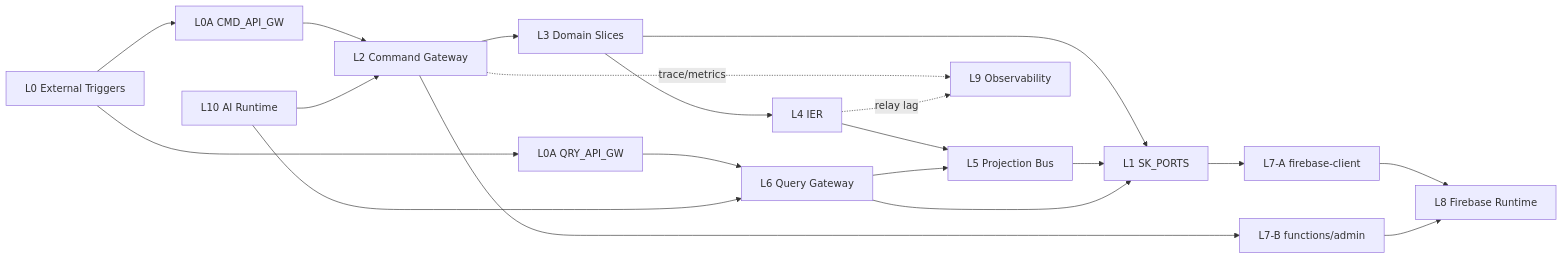
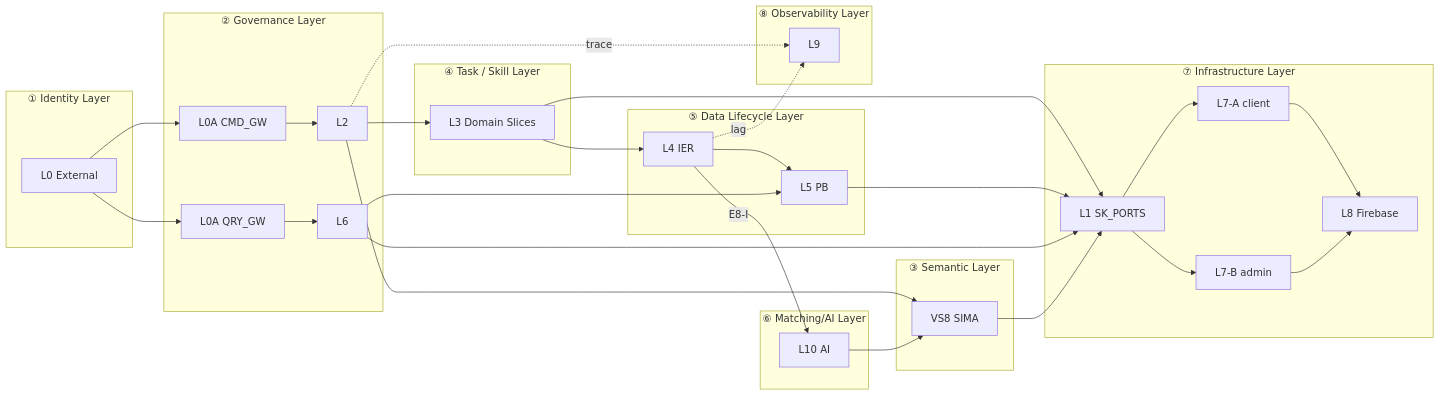
Before and after one commit to 7Spade/Xuanwu: the second of 2 diagrams in docs/architecture/00-logic-overview.md, drawn with Mermaid. The commit also changed other lines of this file and 3 other files, not shown here.

Commit message:
docs(arch): realign 00-03 Mermaid diagrams with VS8 8-layer architecture system

````diff
--- a/docs/architecture/00-logic-overview.md
+++ b/docs/architecture/00-logic-overview.md
@@ -126,26 +126,53 @@
 ```mermaid
 flowchart LR
-  EXT[L0 External Triggers] --> CMDGW[L0A CMD_API_GW]
-  EXT --> QRYGW[L0A QRY_API_GW]
+  subgraph IDL["① Identity Layer"]
+    EXT[L0 External]
+  end
 
-  CMDGW --> L2[L2 Command Gateway]
-  L2 --> L3[L3 Domain Slices]
-  L3 --> L4[L4 IER]
-  L4 --> L5[L5 Projection Bus]
+  subgraph GOV["② Governance Layer"]
+    CMDGW[L0A CMD_GW]
+    QRYGW[L0A QRY_GW]
+    L2[L2]
+    L6[L6]
+  end
 
-  QRYGW --> L6[L6 Query Gateway]
-  L6 --> L5
+  subgraph SEM["③ Semantic Layer"]
+    VS8[VS8 SIMA]
+  end
 
-  L3 --> L1[L1 SK_PORTS]
-  L5 --> L1
-  L6 --> L1
-  L1 --> L7A[L7-A firebase-client]
-  L2 --> L7B[L7-B functions/admin]
-  L7A --> L8[L8 Firebase Runtime]
-  L7B --> L8
+  subgraph TSL["④ Task / Skill Layer"]
+    DOM[L3 Domain Slices]
+  end
 
-  L2 -. trace/metrics .-> L9[L9 Observability]
-  L4 -. relay lag .-> L9
-  L10[L10 AI Runtime] --> L2
-  L10 --> L6
+  subgraph DL["⑤ Data Lifecycle Layer"]
+    IER[L4 IER]
+    PB[L5 PB]
+  end
+
+  subgraph MAI["⑥ Matching/AI Layer"]
+    L10[L10 AI]
+  end
+
+  subgraph INF["⑦ Infrastructure Layer"]
+    L1[L1 SK_PORTS]
+    L7A[L7-A client]
+    L7B[L7-B admin]
+    L8[L8 Firebase]
+  end
+
+  subgraph OBS["⑧ Observability Layer"]
+    L9[L9]
+  end
+
+  EXT --> CMDGW & QRYGW
+  CMDGW --> L2
+  L2 --> DOM --> IER --> PB
+  L2 --> VS8
+  QRYGW --> L6 --> PB
+  DOM & PB & L6 & VS8 --> L1
+  L1 --> L7A & L7B
+  L7A & L7B --> L8
+  IER -->|E8-I| L10 --> VS8
+  L2 -. trace .-> L9
+  IER -. lag .-> L9
 ```
````
